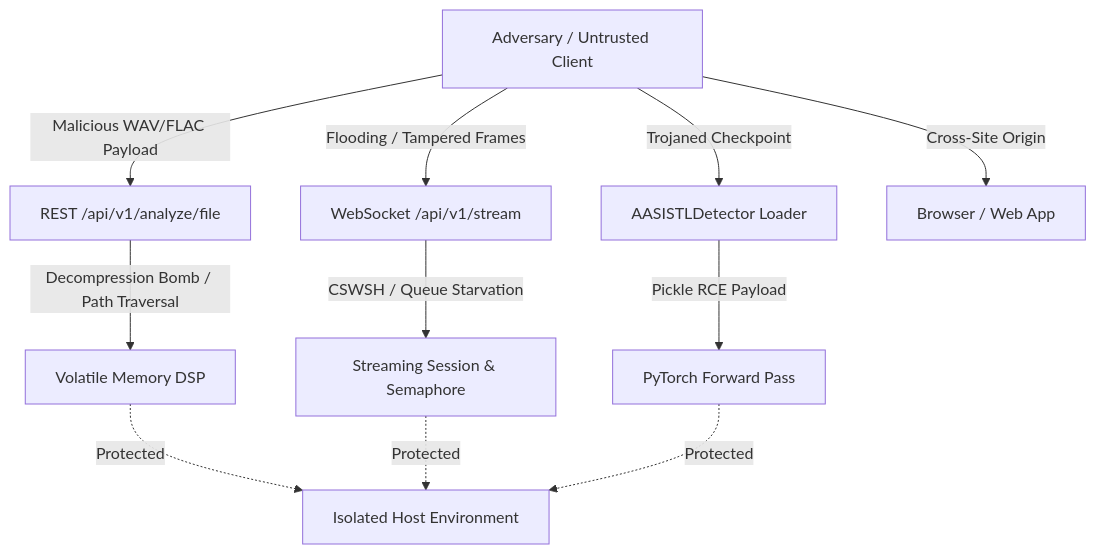
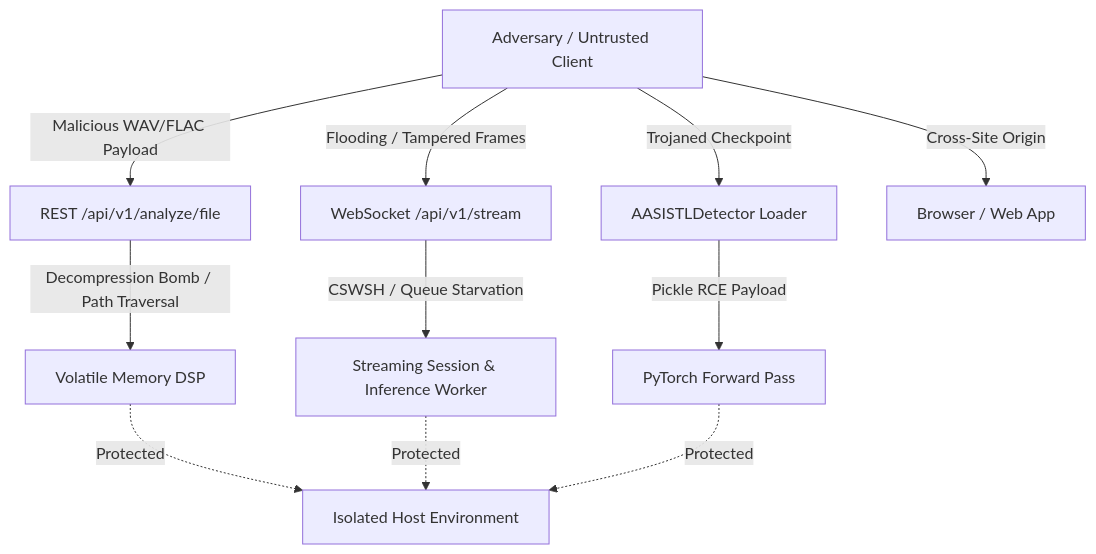
One commit to ABHIGYA0205/voiceDetection changed the diagram in docs/security_privacy.md. Above: the diagram before and after it, drawn with Mermaid. The commit also changed other lines of this file and 9 other files, not shown here.

````diff
--- a/docs/security_privacy.md
+++ b/docs/security_privacy.md
@@ -35,15 +35,15 @@
 ```mermaid
 flowchart TD
     Attacker[Adversary / Untrusted Client] -->|Malicious WAV/FLAC Payload| Upload[REST /api/v1/analyze/file]
     Attacker -->|Flooding / Tampered Frames| WS[WebSocket /api/v1/stream]
     Attacker -->|Trojaned Checkpoint| Loader[AASISTLDetector Loader]
     Attacker -->|Cross-Site Origin| CORS[Browser / Web App]
 
     Upload -->|Decompression Bomb / Path Traversal| Core[Volatile Memory DSP]
-    WS -->|CSWSH / Queue Starvation| Streaming[Streaming Session & Semaphore]
+    WS -->|CSWSH / Queue Starvation| Streaming[Streaming Session & Inference Worker]
     Loader -->|Pickle RCE Payload| Model[PyTorch Forward Pass]
 
     Core -.->|Protected| SafeHost[Isolated Host Environment]
     Streaming -.->|Protected| SafeHost
     Model -.->|Protected| SafeHost
 ```
````
